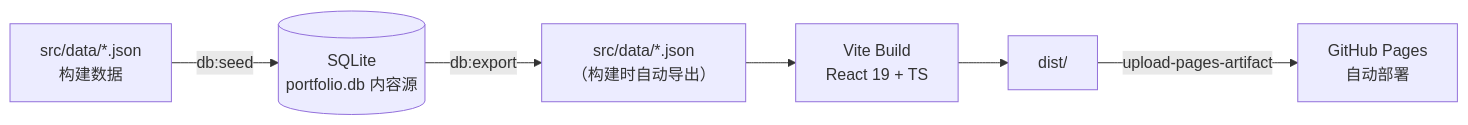
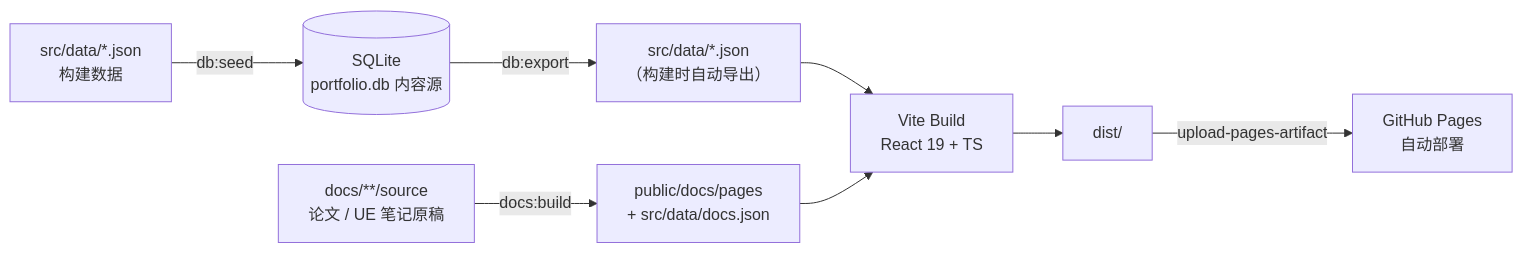
The diagram in README.md (White-147/jyl-site), drawn with Mermaid before and after one commit. The commit also changed other lines of this file and 10 other files, not shown here.

````diff
--- a/README.md
+++ b/README.md
@@ -63,8 +61,10 @@
 ```mermaid
 flowchart LR
     JSON["src/data/*.json\n构建数据"] -->|db:seed| DB[("SQLite\nportfolio.db 内容源")]
     DB -->|db:export| JSON2["src/data/*.json\n（构建时自动导出）"]
     JSON2 --> Build["Vite Build\nReact 19 + TS"]
+    Docs["docs/**/source\n论文 / UE 笔记原稿"] -->|docs:build| Pages["public/docs/pages\n+ src/data/docs.json"]
+    Pages --> Build
     Build --> Dist["dist/"]
-    Dist -->|upload-pages-artifact| Pages["GitHub Pages\n自动部署"]
+    Dist -->|upload-pages-artifact| GH["GitHub Pages\n自动部署"]
 ```
````
